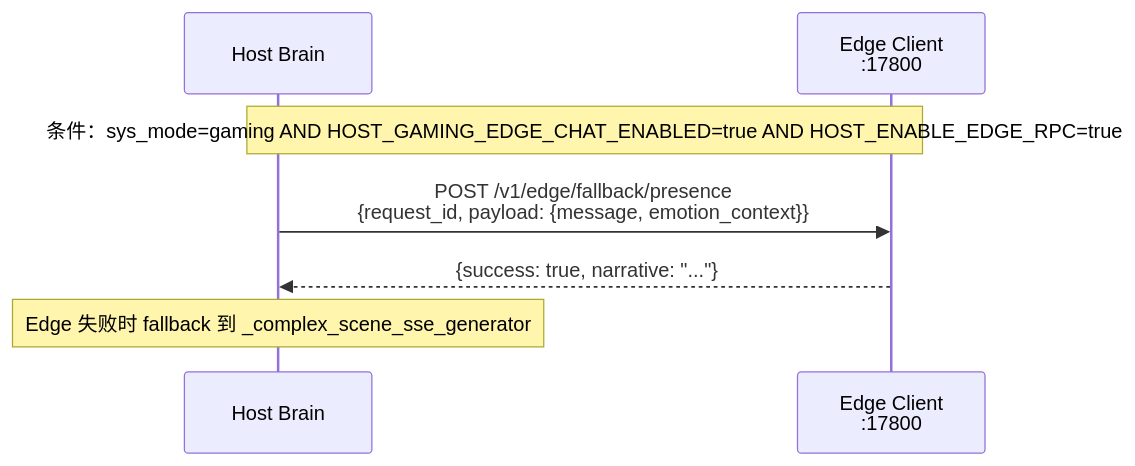
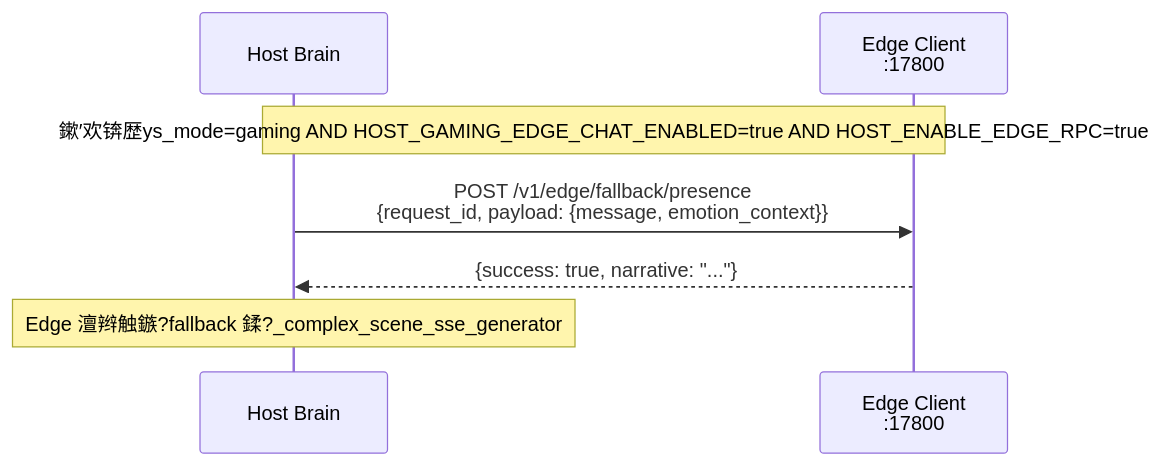
Before and after one commit to SakuraYoruno/Natsume_Ai: the eighth of 20 diagrams in docs/60_trace/dataflow_report_20260311.md, drawn with Mermaid. The commit also changed other lines of this file and 26 other files, not shown here.

````diff
--- a/docs/60_trace/dataflow_report_20260311.md
+++ b/docs/60_trace/dataflow_report_20260311.md
@@ -428,12 +403,12 @@
 ```mermaid
 sequenceDiagram
     participant HOST as Host Brain
     participant EDGE as Edge Client<br/>:17800
 
-    Note over HOST,EDGE: 条件：sys_mode=gaming AND HOST_GAMING_EDGE_CHAT_ENABLED=true AND HOST_ENABLE_EDGE_RPC=true
+    Note over HOST,EDGE: 鏉′欢锛歴ys_mode=gaming AND HOST_GAMING_EDGE_CHAT_ENABLED=true AND HOST_ENABLE_EDGE_RPC=true
 
     HOST->>EDGE: POST /v1/edge/fallback/presence<br/>{request_id, payload: {message, emotion_context}}
     EDGE-->>HOST: {success: true, narrative: "..."}
 
-    Note over HOST: Edge 失败时 fallback 到 _complex_scene_sse_generator
+    Note over HOST: Edge 澶辫触鏃?fallback 鍒?_complex_scene_sse_generator
 ```
````
